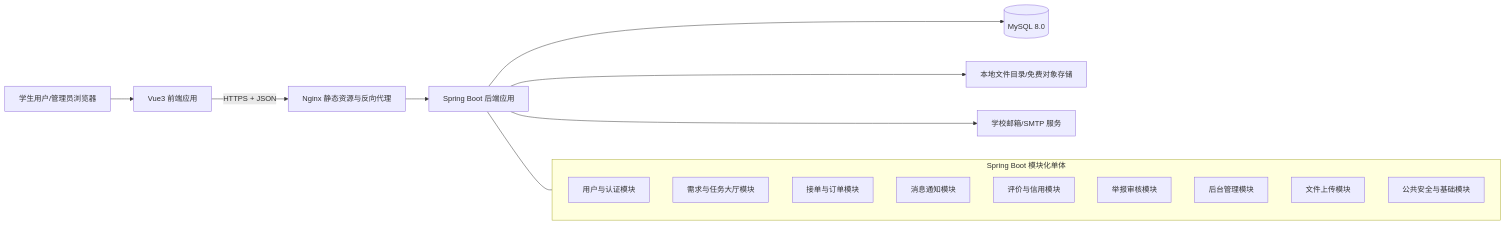
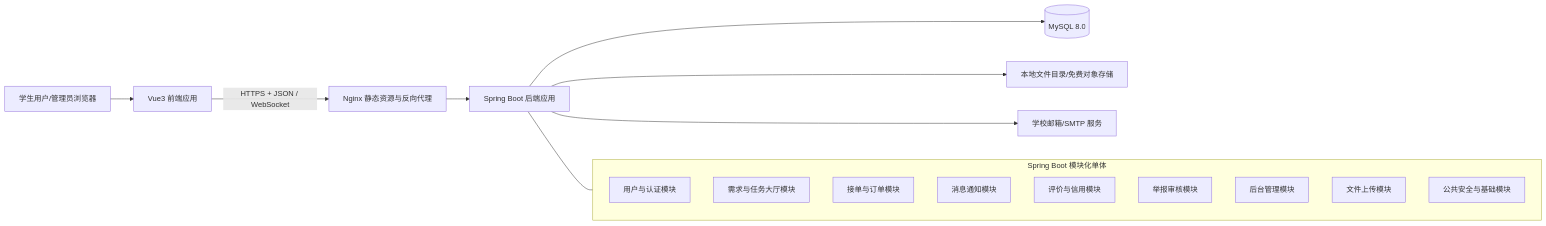
The first of 4 diagrams in docs/P2/03-architecture-design.md (duomaameng/CampusHub), drawn with Mermaid before and after one commit. The commit also changed other lines of this file and 4 other files, not shown here.

````diff
--- a/docs/P2/03-architecture-design.md
+++ b/docs/P2/03-architecture-design.md
@@ -12,23 +12,23 @@
 ```mermaid
 flowchart LR
     U[学生用户/管理员浏览器] --> FE[Vue3 前端应用]
-    FE -->|HTTPS + JSON| NX[Nginx 静态资源与反向代理]
+    FE -->|HTTPS + JSON / WebSocket| NX[Nginx 静态资源与反向代理]
     NX --> API[Spring Boot 后端应用]
     API --> DB[(MySQL 8.0)]
     API --> FS[本地文件目录/免费对象存储]
     API --> SMTP[学校邮箱/SMTP 服务]
 
     subgraph Backend[Spring Boot 模块化单体]
         AUTH[用户与认证模块]
         TASK[需求与任务大厅模块]
         ORDER[接单与订单模块]
         MSG[消息通知模块]
         REVIEW[评价与信用模块]
         REPORT[举报审核模块]
         ADMIN[后台管理模块]
         FILE[文件上传模块]
         COMMON[公共安全与基础模块]
     end
 
     API --- Backend
 ```
````
